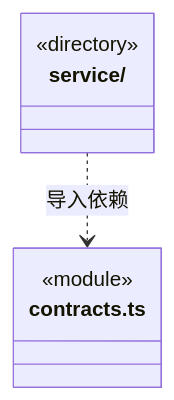
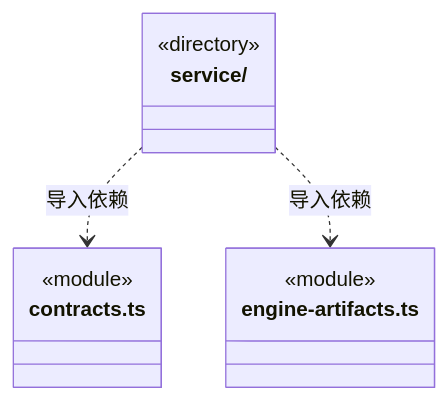
One commit to nan023062/cbim changed the diagram in src/logic/updates/ARCHITECTURE.md. Above: the diagram before and after it, drawn with Mermaid. The commit also changed other lines of this file and 52 other files, not shown here.

````diff
--- a/src/logic/updates/ARCHITECTURE.md
+++ b/src/logic/updates/ARCHITECTURE.md
@@ -17,10 +18,14 @@
 ```mermaid
 classDiagram
 class N_src_logic_updates_service["service/"] {
   <<directory>>
 }
 class N_src_logic_updates_contracts_ts["contracts.ts"] {
   <<module>>
 }
+class N_src_logic_updates_engine_artifacts_ts["engine-artifacts.ts"] {
+  <<module>>
+}
 N_src_logic_updates_service ..> N_src_logic_updates_contracts_ts : 导入依赖
+N_src_logic_updates_service ..> N_src_logic_updates_engine_artifacts_ts : 导入依赖
 ```
````
